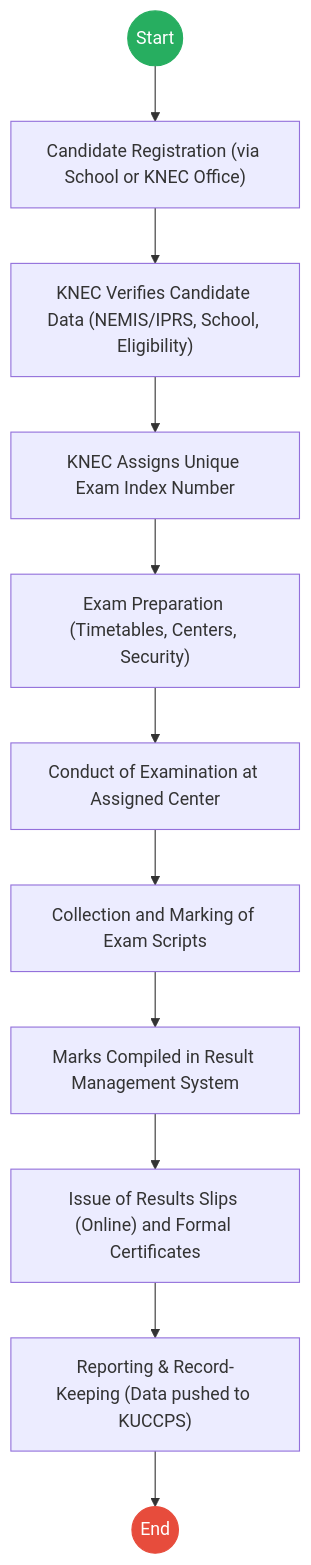
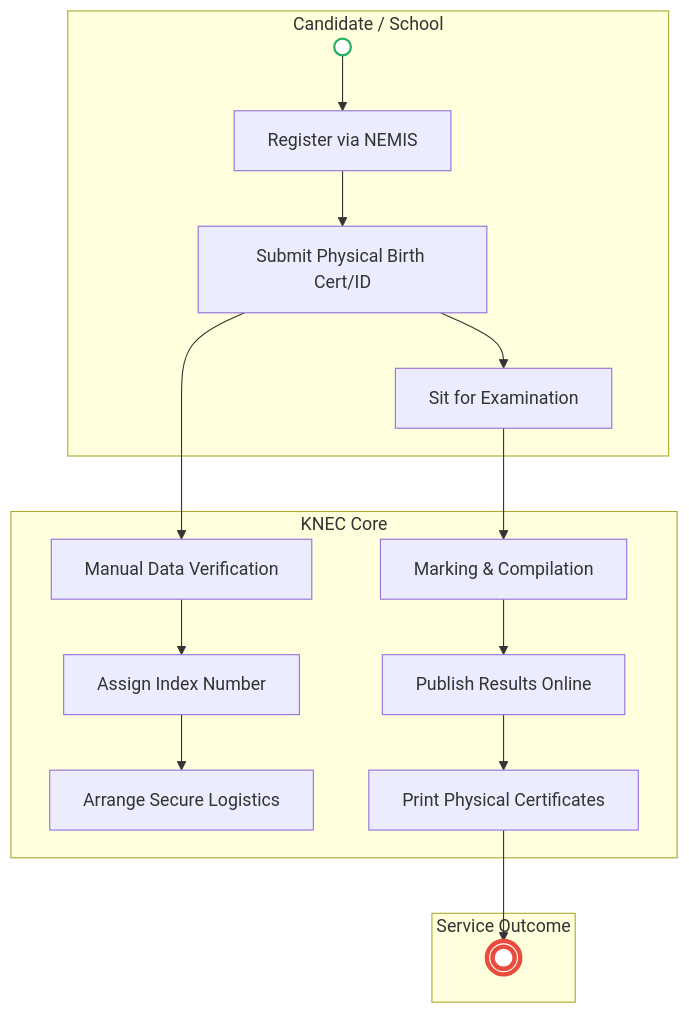
The first of 2 diagrams in mdas/docs_final/Kenya_National_Examinations_Council___Service_Delivery.md (BITZ-IT-Consulting-LTD/ictapoc), drawn with Mermaid before and after one commit. The commit also changed other lines of this file and 13 other files, not shown here.

````diff
--- a/mdas/docs_final/Kenya_National_Examinations_Council___Service_Delivery.md
+++ b/mdas/docs_final/Kenya_National_Examinations_Council___Service_Delivery.md
@@ -20,18 +18,24 @@
 ```mermaid
-graph TD
-    Start((Start)) --> S1
-    S1["Candidate Registration (via School or KNEC Office)"] --> S2
-    S2["KNEC Verifies Candidate Data (NEMIS/IPRS, School, Eligibility)"] --> S3
-    S3["KNEC Assigns Unique Exam Index Number"] --> S4
-    S4["Exam Preparation (Timetables, Centers, Security)"] --> S5
-    S5["Conduct of Examination at Assigned Center"] --> S6
-    S6["Collection and Marking of Exam Scripts"] --> S7
-    S7["Marks Compiled in Result Management System"] --> S8
-    S8["Issue of Results Slips (Online) and Formal Certificates"] --> S9
-    S9["Reporting & Record-Keeping (Data pushed to KUCCPS)"] --> End((End))
+flowchart TD
+    subgraph School["Candidate / School"]
+        Start(( )) --> A1[Register via NEMIS]
+        A1 --> A2[Submit Physical Birth Cert/ID]
+        A2 --> A3[Sit for Examination]
+    end
 
-    classDef start fill:#27ae60,stroke:#27ae60,color:#fff;
-    classDef endNode fill:#e74c3c,stroke:#e74c3c,color:#fff;
-    class Start start;
-    class End endNode;
+    subgraph KNEC["KNEC Core"]
+        A2 --> B1[Manual Data Verification]
+        B1 --> B2[Assign Index Number]
+        B2 --> B3[Arrange Secure Logistics]
+        A3 --> B4[Marking & Compilation]
+        B4 --> B5[Publish Results Online]
+        B5 --> B6[Print Physical Certificates]
+    end
+
+    subgraph Outcome["Service Outcome"]
+        B6 --> End((( )))
+    end
+
+    style Start fill:#fff,stroke:#27ae60,stroke-width:2px
+    style End fill:#fff,stroke:#e74c3c,stroke-width:4px
 ```
````
